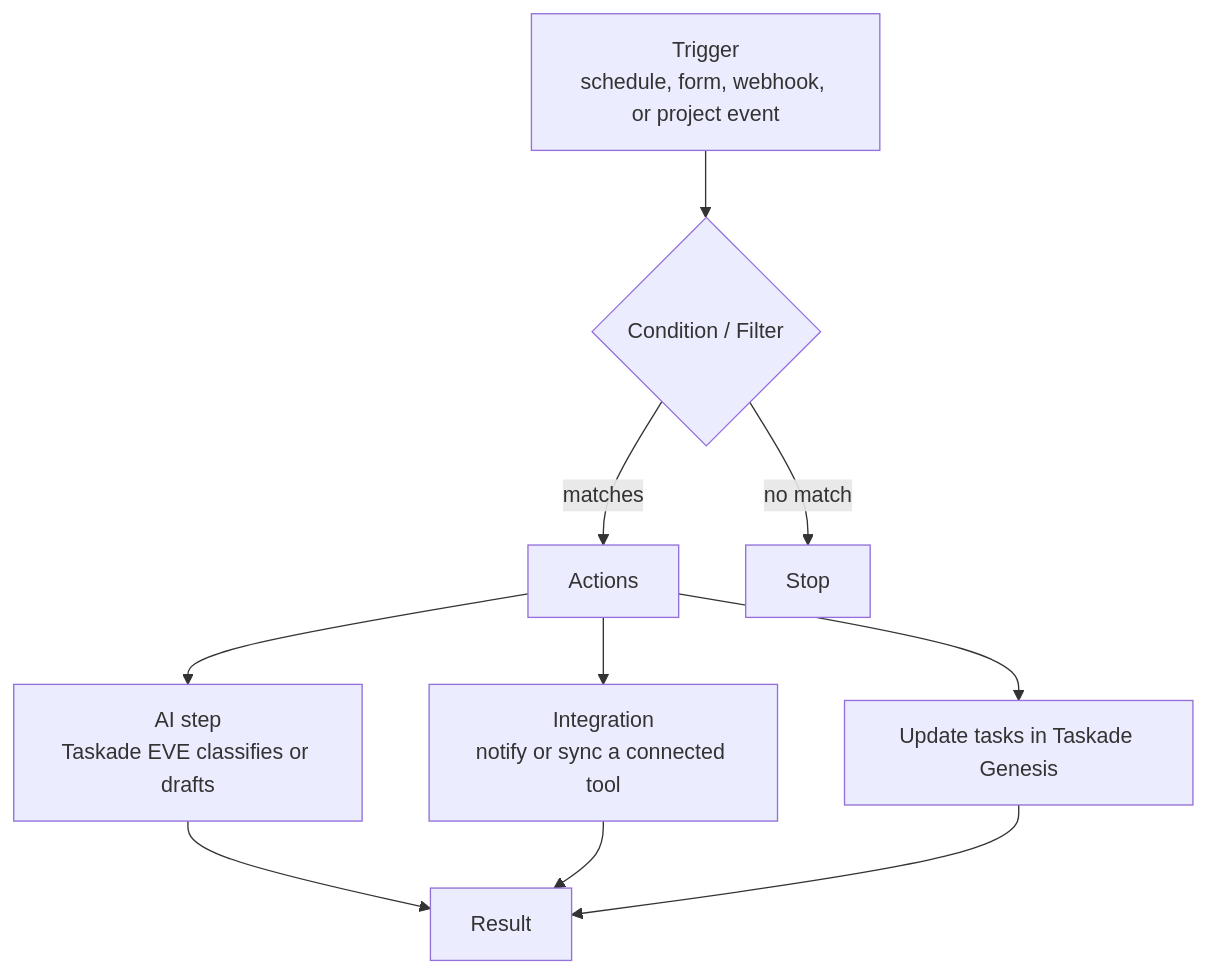
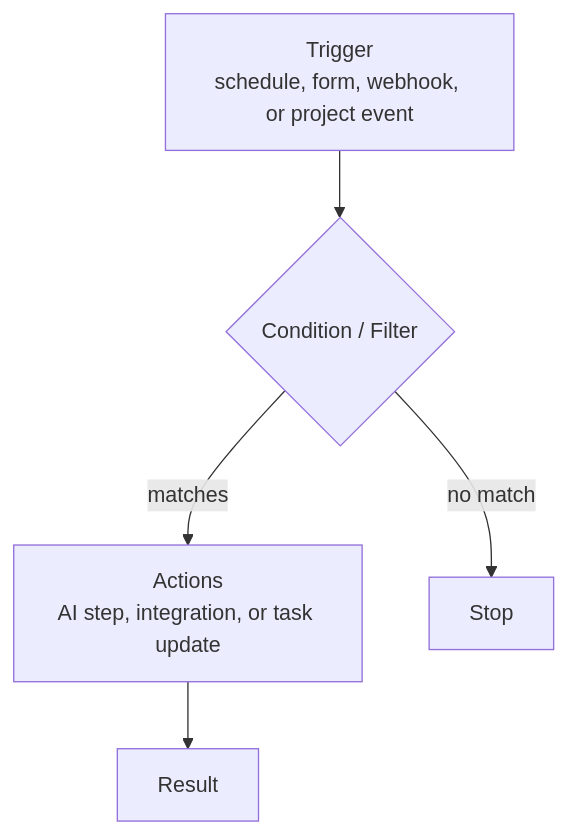
Before and after one commit to taskade/docs: the diagram in genesis-living-system-builder/automation/README.md, drawn with Mermaid. The commit also changed other lines of this file and 113 other files, not shown here.

````diff
--- a/genesis-living-system-builder/automation/README.md
+++ b/genesis-living-system-builder/automation/README.md
@@ -33,12 +33,7 @@
 ```mermaid
 flowchart TD
   A["Trigger<br/>schedule, form, webhook, or project event"] --> B{"Condition / Filter"}
-  B -->|matches| C["Actions"]
+  B -->|matches| C["Actions<br/>AI step, integration, or task update"]
   B -->|no match| E["Stop"]
-  C --> D["AI step<br/>Taskade EVE classifies or drafts"]
-  C --> F["Integration<br/>notify or sync a connected tool"]
-  C --> G["Update tasks in Taskade Genesis"]
-  D --> H["Result"]
-  F --> H
-  G --> H
+  C --> H["Result"]
 ```
````
